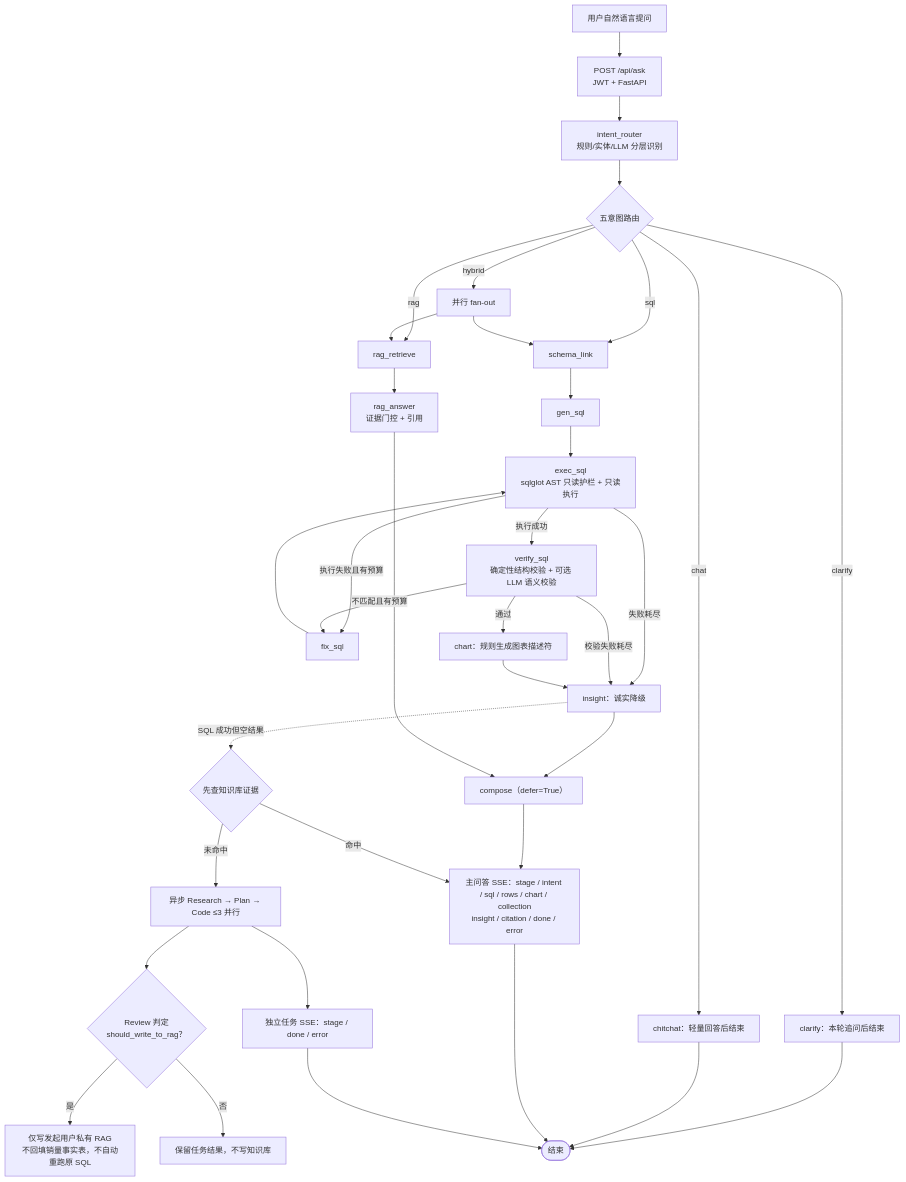
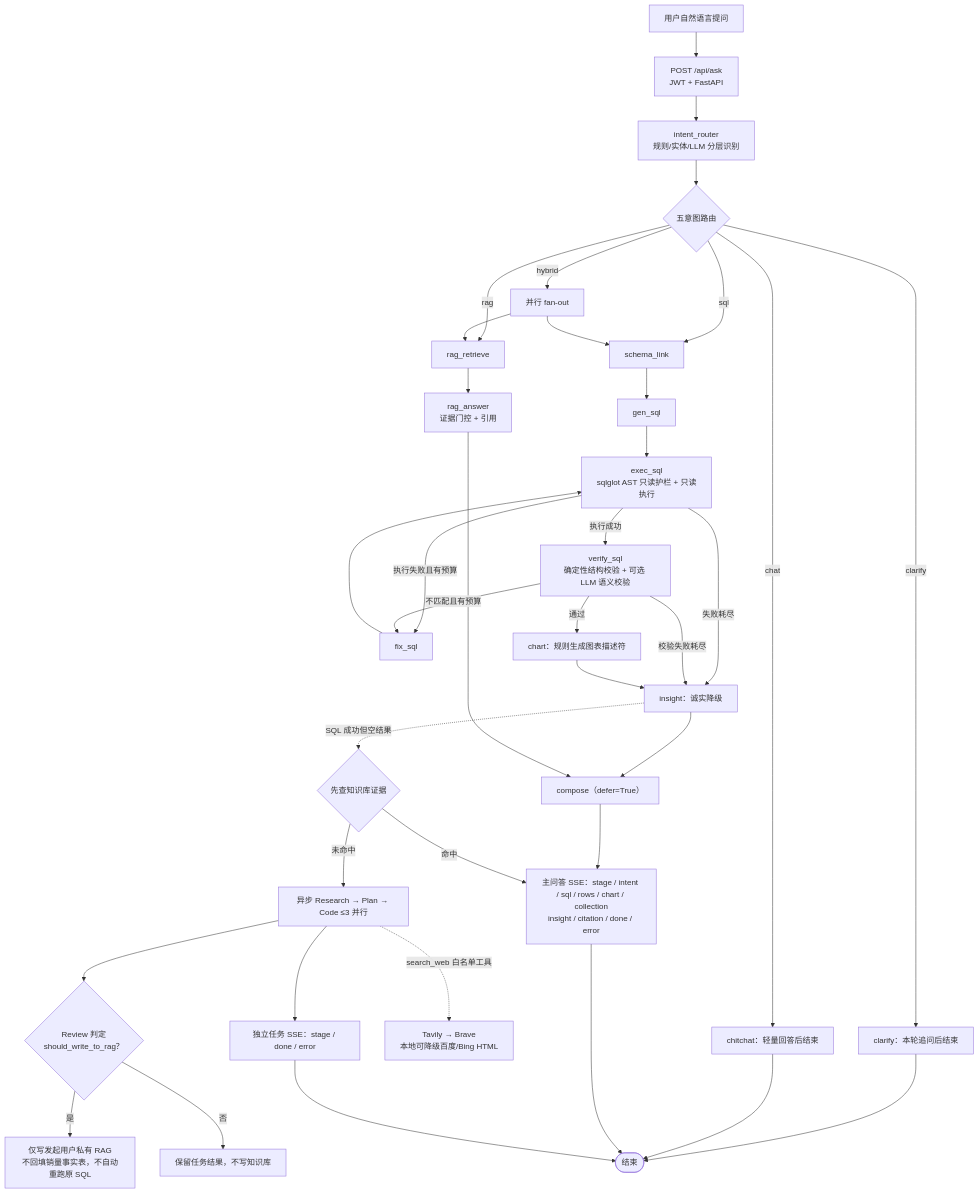
Before and after one commit to Gloria668866/study_code: the diagram in 车市镜/docs/diagrams/end-to-end-flow.mmd, drawn with Mermaid. The commit also changed 49 other files, not shown here.

```diff
--- a/车市镜/docs/diagrams/end-to-end-flow.mmd
+++ b/车市镜/docs/diagrams/end-to-end-flow.mmd
@@ -1,40 +1,41 @@
 flowchart TD
   U["用户自然语言提问"] --> API["POST /api/ask<br/>JWT + FastAPI"]
   API --> INT["intent_router<br/>规则/实体/LLM 分层识别"]
   INT --> R{"五意图路由"}
 
   R -- sql --> SL["schema_link"]
   R -- rag --> RR["rag_retrieve"]
   R -- hybrid --> FAN["并行 fan-out"]
   R -- clarify --> CL["clarify：本轮追问后结束"]
   R -- chat --> CT["chitchat：轻量回答后结束"]
   FAN --> SL
   FAN --> RR
 
   SL --> GEN["gen_sql"]
   GEN --> EXE["exec_sql<br/>sqlglot AST 只读护栏 + 只读执行"]
   EXE -- 执行失败且有预算 --> FIX["fix_sql"] --> EXE
   EXE -- 执行成功 --> VER["verify_sql<br/>确定性结构校验 + 可选 LLM 语义校验"]
   VER -- 不匹配且有预算 --> FIX
   VER -- 通过 --> CH["chart：规则生成图表描述符"]
   EXE -- 失败耗尽 --> INS["insight：诚实降级"]
   VER -- 校验失败耗尽 --> INS
   CH --> INS
 
   RR --> RA["rag_answer<br/>证据门控 + 引用"]
   INS --> CMP["compose（defer=True）"]
   RA --> CMP
   CMP --> SSE["主问答 SSE：stage / intent / sql / rows / chart / collection<br/>insight / citation / done / error"]
 
   INS -. "SQL 成功但空结果" .-> FB{"先查知识库证据"}
   FB -- 命中 --> SSE
   FB -- 未命中 --> PIPE["异步 Research → Plan → Code ≤3 并行"]
+  PIPE -. "search_web 白名单工具" .-> SEARCH["Tavily → Brave<br/>本地可降级百度/Bing HTML"]
   PIPE --> REVIEW{"Review 判定<br/>should_write_to_rag？"}
   REVIEW -- "是" --> PRIV["仅写发起用户私有 RAG<br/>不回填销量事实表，不自动重跑原 SQL"]
   REVIEW -- "否" --> NWRITE["保留任务结果，不写知识库"]
   PIPE --> TASK["独立任务 SSE：stage / done / error"]
 
   CL --> END1(["结束"])
   CT --> END1
   SSE --> END1
   TASK --> END1
```
